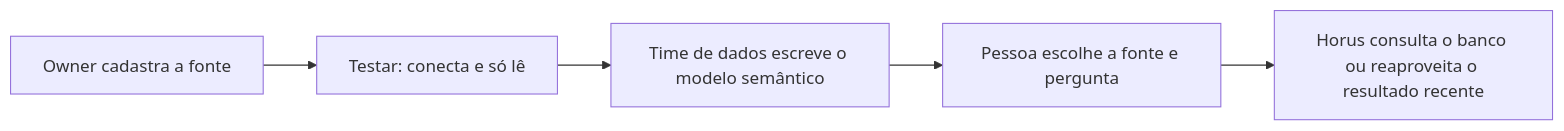
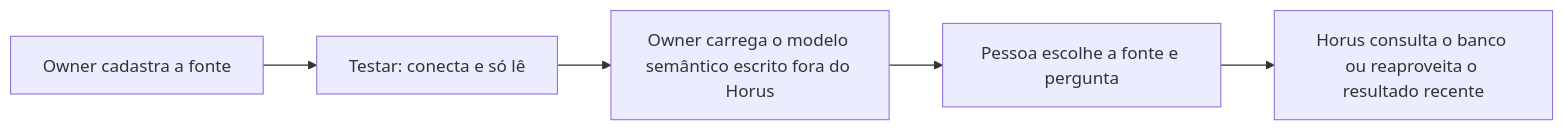
One commit to fabioabr/horus-v2-docs changed the diagram in docs/leitura/mfs/mf-104-conectar-as-fontes-vivas.md. Above: the diagram before and after it, drawn with Mermaid. The commit also changed other lines of this file and 25 other files, not shown here.

````diff
--- a/docs/leitura/mfs/mf-104-conectar-as-fontes-vivas.md
+++ b/docs/leitura/mfs/mf-104-conectar-as-fontes-vivas.md
@@ -96,7 +104,7 @@
 ```mermaid
 flowchart LR
   a[Owner cadastra a fonte] --> b[Testar: conecta e só lê]
-  b --> c[Time de dados escreve o modelo semântico]
+  b --> c[Owner carrega o modelo semântico escrito fora do Horus]
   c --> d[Pessoa escolhe a fonte e pergunta]
   d --> e[Horus consulta o banco ou reaproveita o resultado recente]
 ```
````
